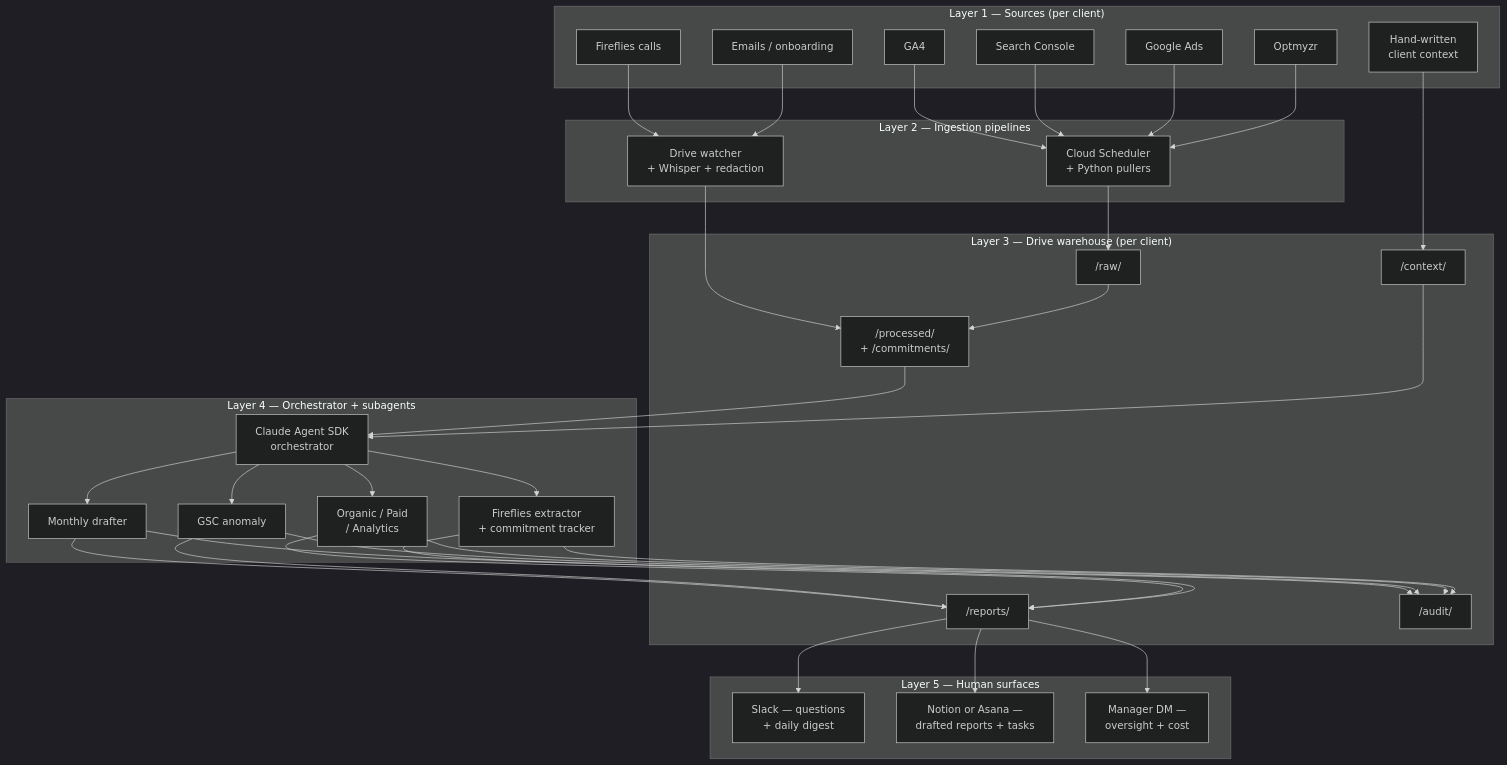
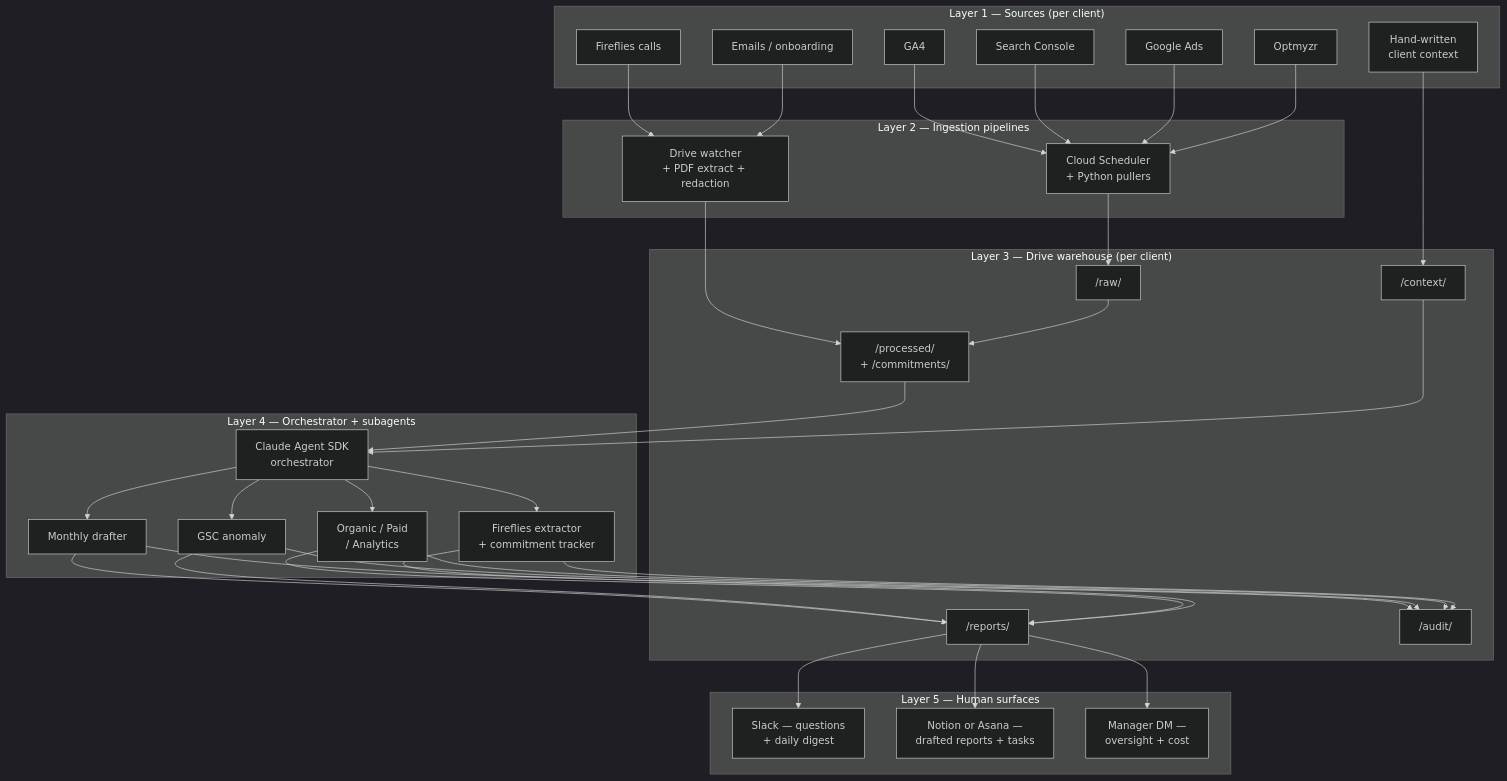
The third of 4 diagrams in README.md (JohnRiceML/augurian-ai-operations), drawn with Mermaid (dark theme) before and after one commit. The commit also changed other lines of this file and 11 other files, not shown here.

````diff
--- a/README.md
+++ b/README.md
@@ -185,51 +183,51 @@
 ```mermaid
 flowchart TB
     subgraph S1["Layer 1 — Sources (per client)"]
         GA[GA4]
         GSC[Search Console]
         ADS[Google Ads]
         OPT[Optmyzr]
         FF[Fireflies calls]
         EM[Emails / onboarding]
         CTX[Hand-written<br/>client context]
     end
 
     subgraph S2["Layer 2 — Ingestion pipelines"]
         PULL[Cloud Scheduler<br/>+ Python pullers]
-        WATCH[Drive watcher<br/>+ Whisper + redaction]
+        WATCH[Drive watcher<br/>+ PDF extract + redaction]
     end
 
     subgraph S3["Layer 3 — Drive warehouse (per client)"]
         RAW["/raw/"]
         PROC["/processed/<br/>+ /commitments/"]
         CTXF["/context/"]
         REP["/reports/"]
         AUD["/audit/"]
     end
 
     subgraph S4["Layer 4 — Orchestrator + subagents"]
         ORCH[Claude Agent SDK<br/>orchestrator]
         SUB1[Monthly drafter]
         SUB2[GSC anomaly]
         SUB3[Organic / Paid<br/>/ Analytics]
         SUB4[Fireflies extractor<br/>+ commitment tracker]
     end
 
     subgraph S5["Layer 5 — Human surfaces"]
         SLACK[Slack — questions<br/>+ daily digest]
         NOTION[Notion or Asana —<br/>drafted reports + tasks]
         DM[Manager DM —<br/>oversight + cost]
     end
 
     GA & GSC & ADS & OPT --> PULL
     FF & EM --> WATCH
     CTX --> CTXF
     PULL --> RAW
     WATCH --> PROC
     RAW --> PROC
     PROC & CTXF --> ORCH
     ORCH --> SUB1 & SUB2 & SUB3 & SUB4
     SUB1 & SUB2 & SUB3 & SUB4 --> REP
     SUB1 & SUB2 & SUB3 & SUB4 --> AUD
     REP --> SLACK & NOTION & DM
 ```
````
